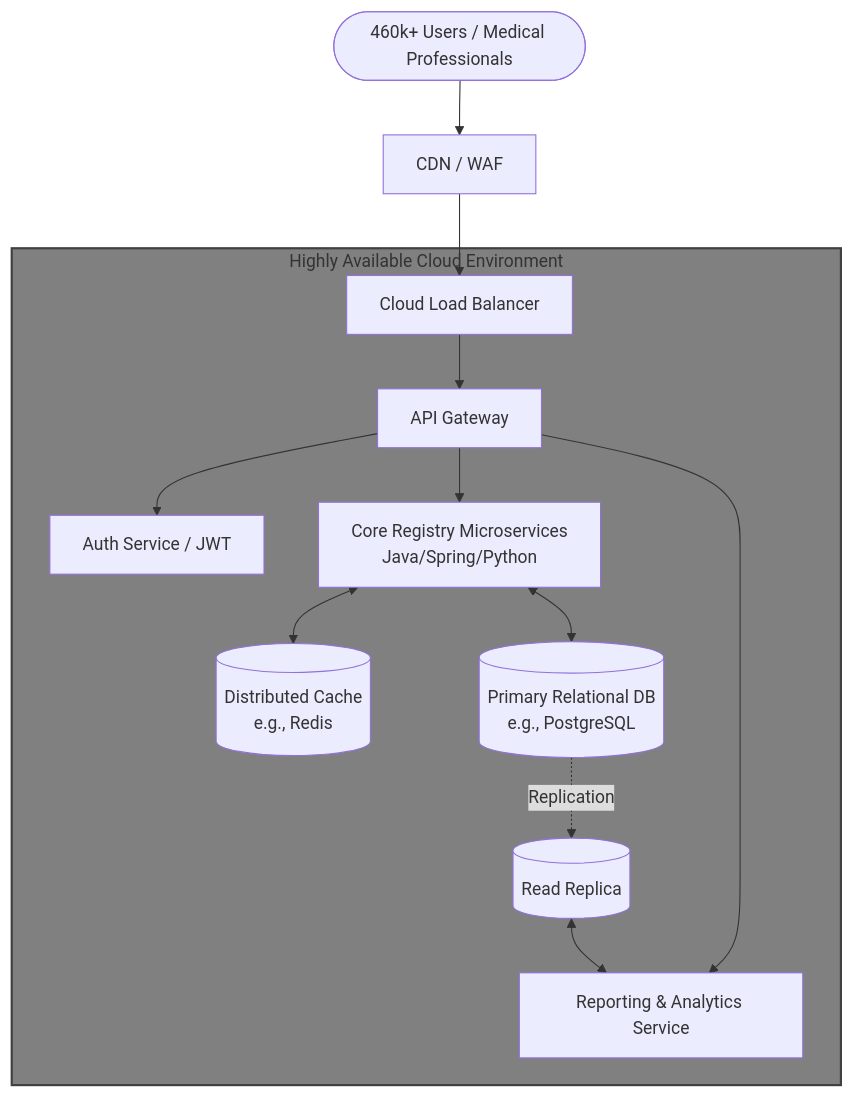
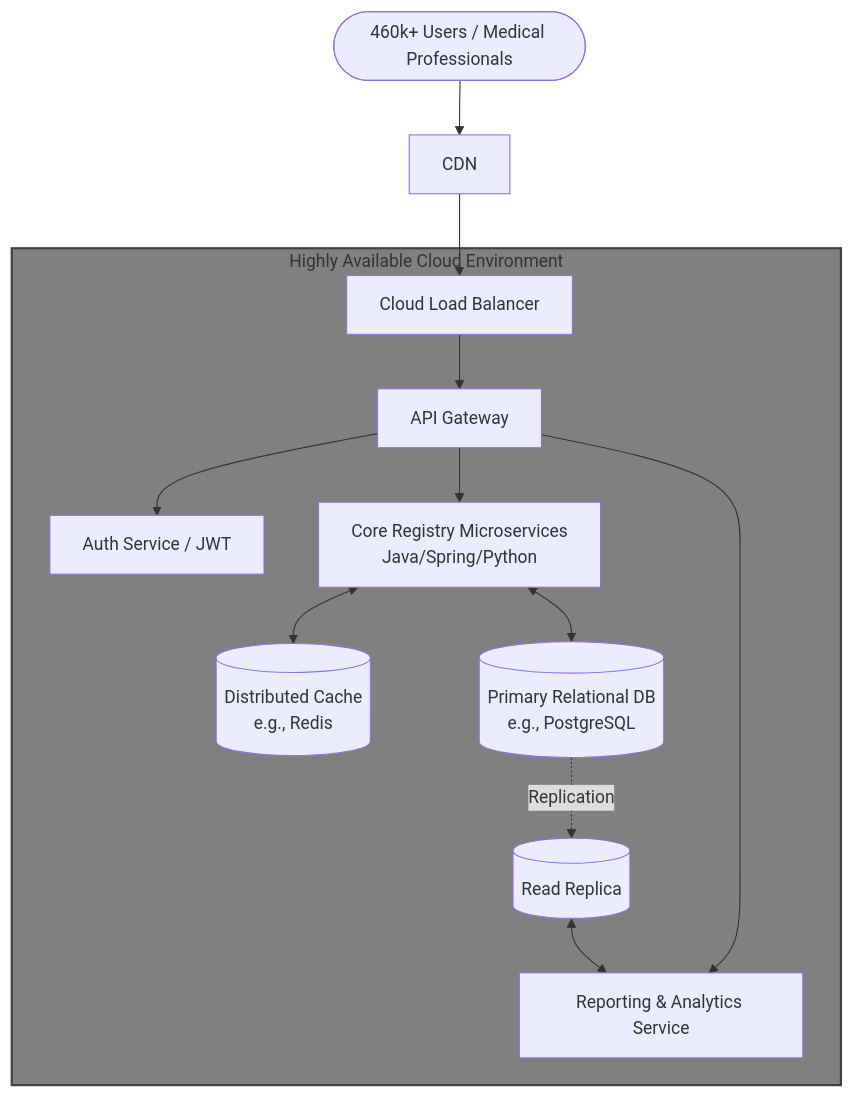
One commit to Lorenzo2703/road-to-google changed the first of 3 diagrams in professional_profile.md. Above: the diagram before and after it, drawn with Mermaid. The commit also changed other lines of this file and 6 other files, not shown here.

````diff
--- a/professional_profile.md
+++ b/professional_profile.md
@@ -46,22 +46,22 @@
 ```mermaid
 flowchart TD
-    User(["460k+ Users / Medical Professionals"]) --> CDN["CDN / WAF"]
+    User(["460k+ Users / Medical Professionals"]) --> CDN["CDN"]
     CDN --> LB["Cloud Load Balancer"]
     
     subgraph CloudEnv [Highly Available Cloud Environment]
         LB --> API["API Gateway"]
         API --> Auth["Auth Service / JWT"]
         
         API --> CoreService["Core Registry Microservices<br>Java/Spring/Python"]
         API --> ReportService["Reporting & Analytics Service"]
         
         CoreService <--> Cache[("Distributed Cache<br>e.g., Redis")]
         CoreService <--> DB[("Primary Relational DB<br>e.g., PostgreSQL")]
         
         DB -.Replication.-> ReadReplica[("Read Replica")]
         ReadReplica <--> ReportService
     end
     
     classDef cloud fill:#808080,stroke:#404040,stroke-width:2px;
     class CloudEnv cloud;
 ```
````
